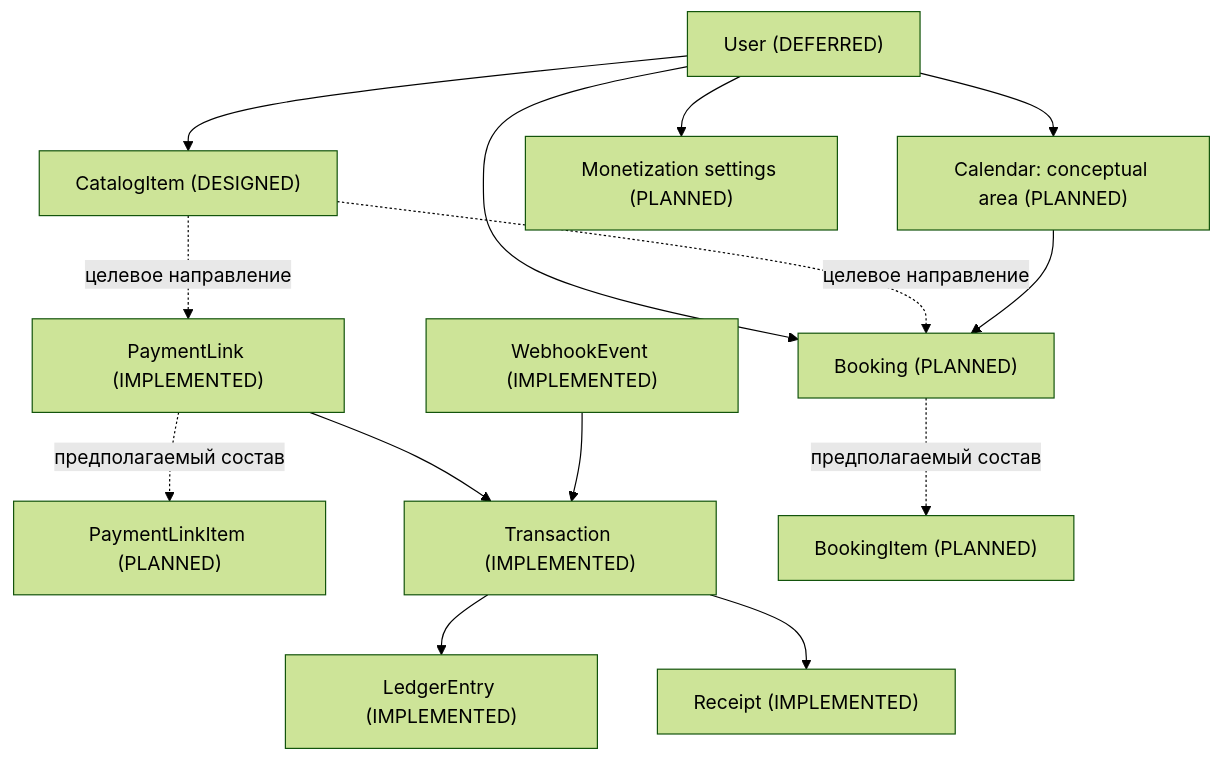
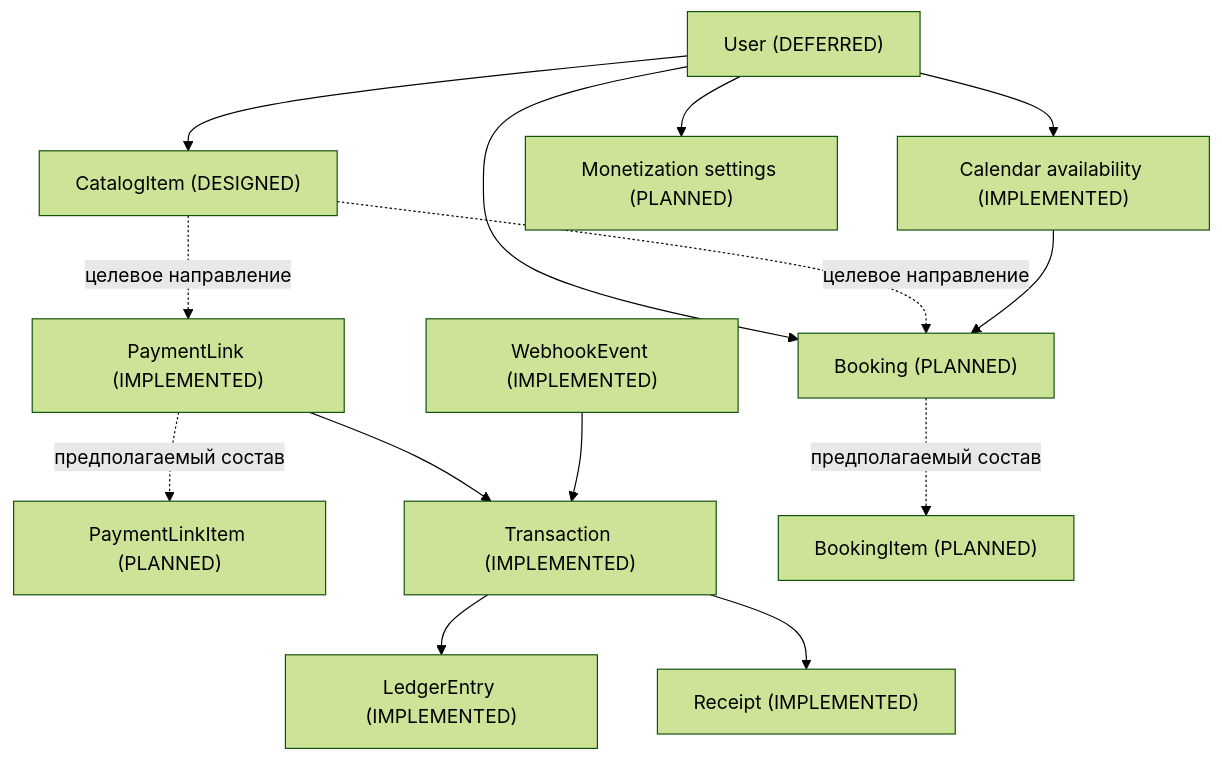
One commit to Jul-Owl/self-employed-payments changed the diagram in docs/architecture/DOMAIN_MODEL.md. Above: the diagram before and after it, drawn with Mermaid (forest theme). The commit also changed other lines of this file and 21 other files, not shown here.

````diff
--- a/docs/architecture/DOMAIN_MODEL.md
+++ b/docs/architecture/DOMAIN_MODEL.md
@@ -216,16 +240,16 @@
 ```mermaid
 flowchart TD
   User["User (DEFERRED)"] --> Catalog["CatalogItem (DESIGNED)"]
-  User --> CalendarArea["Calendar: conceptual area (PLANNED)"]
+  User --> CalendarArea["Calendar availability (IMPLEMENTED)"]
   User --> Booking["Booking (PLANNED)"]
   User --> Monetization["Monetization settings (PLANNED)"]
   Catalog -. "целевое направление" .-> PaymentLink["PaymentLink (IMPLEMENTED)"]
   Catalog -. "целевое направление" .-> Booking
   PaymentLink -. "предполагаемый состав" .-> PaymentLinkItem["PaymentLinkItem (PLANNED)"]
   PaymentLink --> Transaction["Transaction (IMPLEMENTED)"]
   Transaction --> Ledger["LedgerEntry (IMPLEMENTED)"]
   Transaction --> Receipt["Receipt (IMPLEMENTED)"]
   CalendarArea --> Booking
   Booking -. "предполагаемый состав" .-> BookingItem["BookingItem (PLANNED)"]
   Webhook["WebhookEvent (IMPLEMENTED)"] --> Transaction
 ```
````
